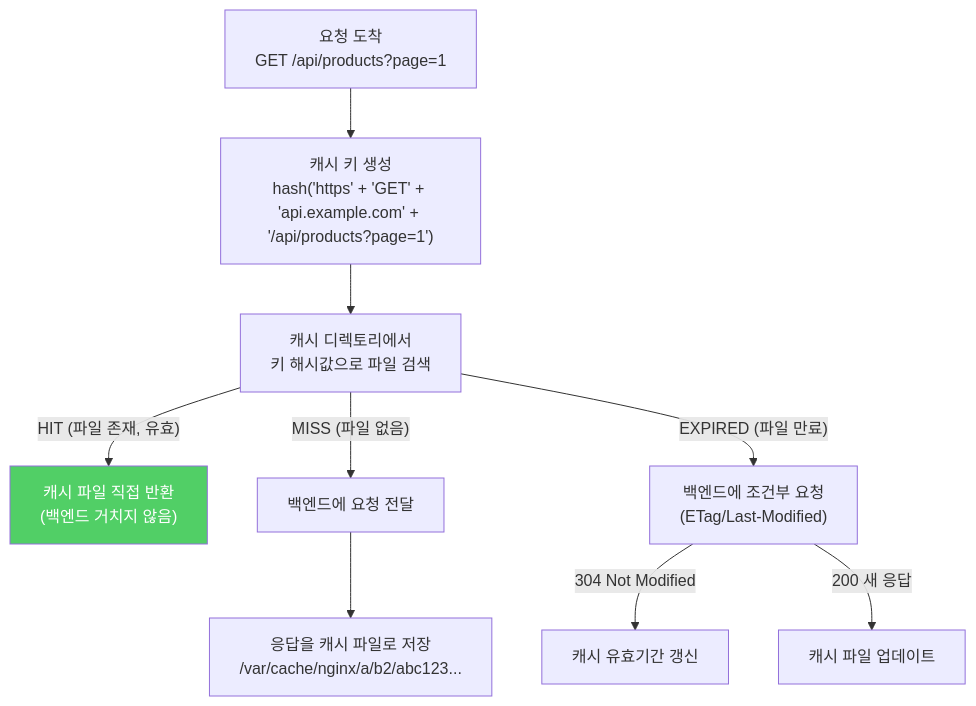
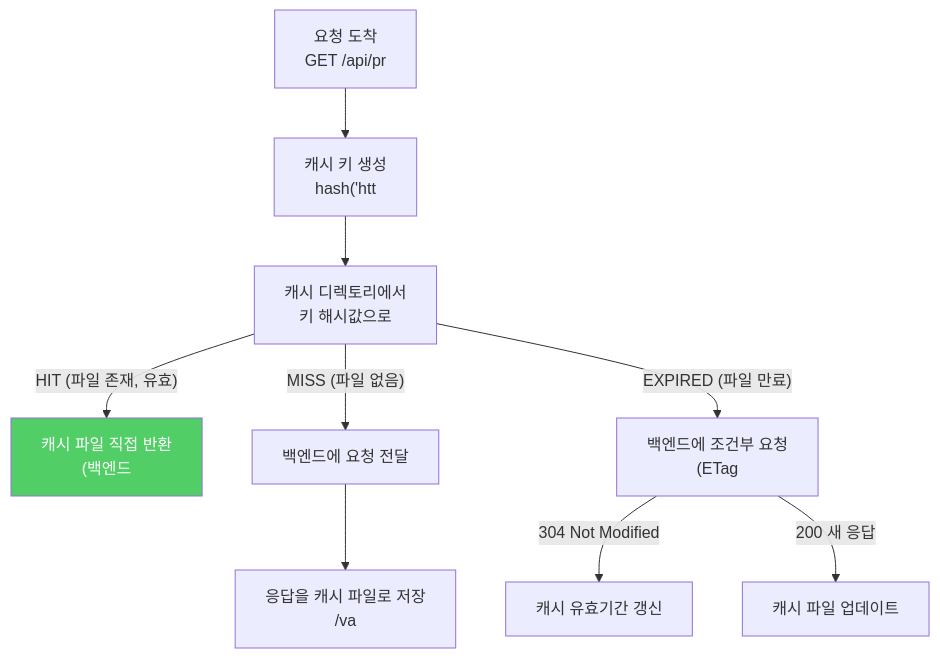
One commit to yjkim2015/yjkim2015.github.io changed diagram 14 of 18 in _posts/server/2026-05-01-nginx.md. Above: the diagram before and after it, drawn with Mermaid. The commit also changed other lines of this file and 271 other files, not shown here.

First line of the commit message:
Mermaid 라벨 축소: 긴 노드 텍스트 18자 이하로 트림 + \n 제거

````diff
--- a/_posts/server/2026-05-01-nginx.md
+++ b/_posts/server/2026-05-01-nginx.md
@@ -626,12 +626,12 @@
 ```mermaid
 graph TD
-    REQUEST["요청 도착\nGET /api/products?page=1"] --> KEYGEN["캐시 키 생성\nhash('https' + 'GET' + 'api.example.com' + '/api/products?page=1')"]
-    KEYGEN --> LOOKUP["캐시 디렉토리에서\n키 해시값으로 파일 검색"]
-    LOOKUP -->|"HIT (파일 존재, 유효)"| SERVE["캐시 파일 직접 반환\n(백엔드 거치지 않음)"]
+    REQUEST["요청 도착\nGET /api/pr"] --> KEYGEN["캐시 키 생성\nhash('htt"]
+    KEYGEN --> LOOKUP["캐시 디렉토리에서\n키 해시값으로"]
+    LOOKUP -->|"HIT (파일 존재, 유효)"| SERVE["캐시 파일 직접 반환\n(백엔드"]
     LOOKUP -->|"MISS (파일 없음)"| BACKEND["백엔드에 요청 전달"]
-    LOOKUP -->|"EXPIRED (파일 만료)"| REVALIDATE["백엔드에 조건부 요청\n(ETag/Last-Modified)"]
-    BACKEND --> STORE["응답을 캐시 파일로 저장\n/var/cache/nginx/a/b2/abc123..."]
+    LOOKUP -->|"EXPIRED (파일 만료)"| REVALIDATE["백엔드에 조건부 요청\n(ETag"]
+    BACKEND --> STORE["응답을 캐시 파일로 저장\n/va"]
     REVALIDATE -->|"304 Not Modified"| REFRESH["캐시 유효기간 갱신"]
     REVALIDATE -->|"200 새 응답"| UPDATE["캐시 파일 업데이트"]
     style SERVE fill:#51cf66,color:#fff
 ```
````
